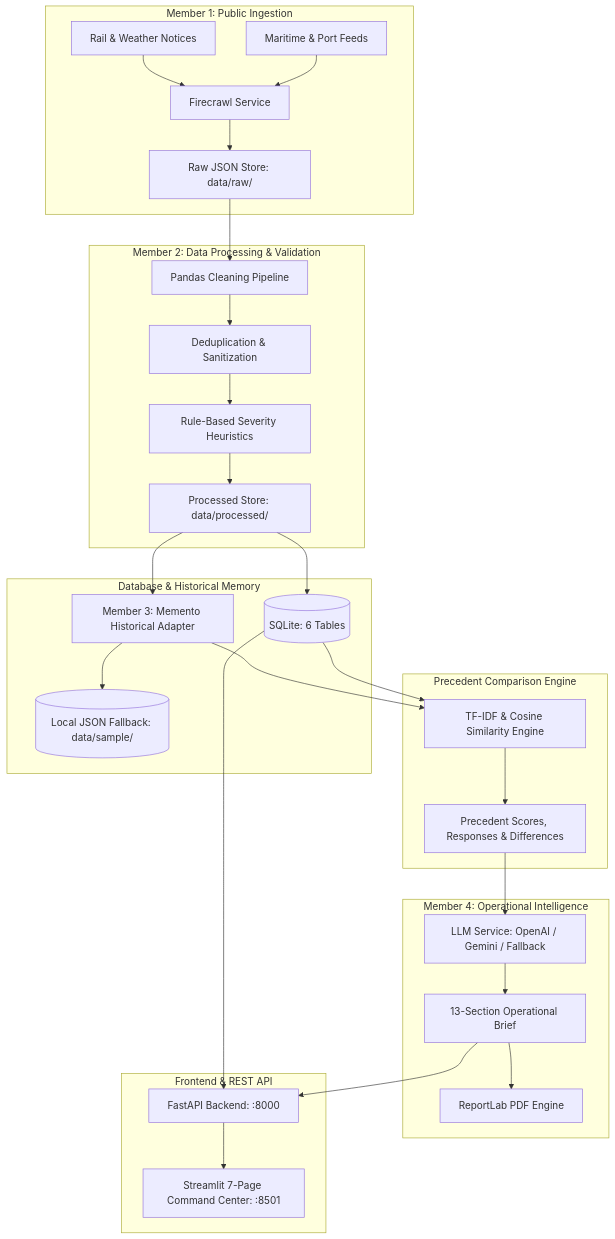
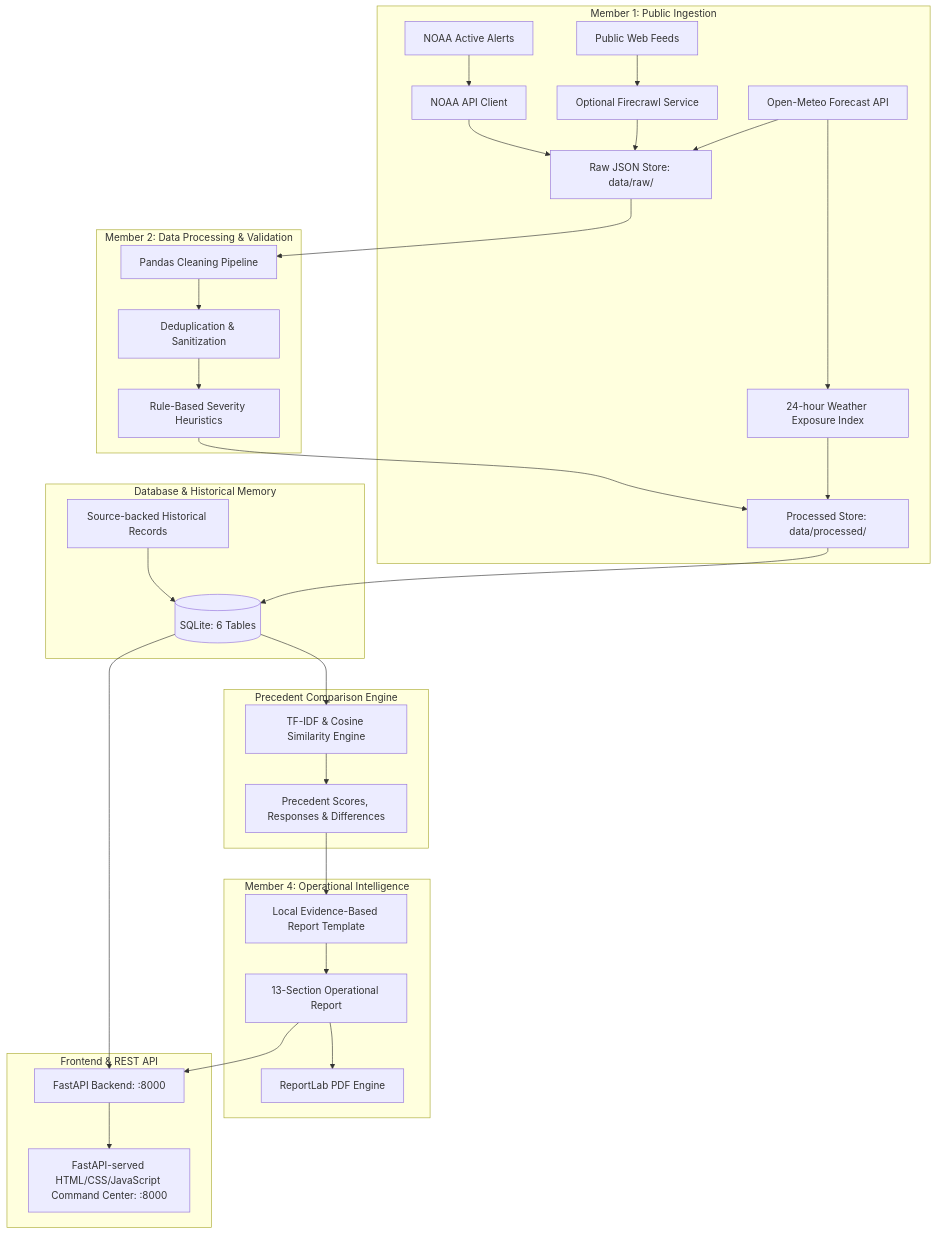
Before and after one commit to MakineniGayathri-19/LogisticsUpdate-AI-Logistics-Disruption-Monitoring-Operational-Intelligence-Platform: the diagram in docs/architecture.md, drawn with Mermaid. The commit also changed other lines of this file and 51 other files, not shown here.

````diff
--- a/docs/architecture.md
+++ b/docs/architecture.md
@@ -10,39 +10,41 @@
 ```mermaid
 flowchart TD
     subgraph DataCollection [Member 1: Public Ingestion]
-        A1[Maritime & Port Feeds] --> FC[Firecrawl Service]
-        A2[Rail & Weather Notices] --> FC
-        FC --> RAW[Raw JSON Store: data/raw/]
+        A1[NOAA Active Alerts] --> NOAA[NOAA API Client]
+        A2[Public Web Feeds] --> FC[Optional Firecrawl Service]
+        NOAA --> RAW[Raw JSON Store: data/raw/]
+        FC --> RAW
+        WX[Open-Meteo Forecast API] --> WXPROC[24-hour Weather Exposure Index]
+        WX --> RAW
+        WXPROC --> PROC
     end
 
     subgraph Processing [Member 2: Data Processing & Validation]
         RAW --> DP[Pandas Cleaning Pipeline]
         DP --> DEDUP[Deduplication & Sanitization]
         DEDUP --> SEV[Rule-Based Severity Heuristics]
         SEV --> PROC[Processed Store: data/processed/]
     end
 
     subgraph Storage [Database & Historical Memory]
         PROC --> DB[(SQLite: 6 Tables)]
-        PROC --> MEM[Member 3: Memento Historical Adapter]
-        MEM --> FALLBACK[(Local JSON Fallback: data/sample/)]
+        HIST[Source-backed Historical Records] --> DB
     end
 
     subgraph Analytics [Precedent Comparison Engine]
         DB --> COMP[TF-IDF & Cosine Similarity Engine]
-        MEM --> COMP
         COMP --> MATCH[Precedent Scores, Responses & Differences]
     end
 
-    subgraph GenAI [Member 4: Operational Intelligence]
-        MATCH --> LLM[LLM Service: OpenAI / Gemini / Fallback]
-        LLM --> BRIEF[13-Section Operational Brief]
+    subgraph Reports [Member 4: Operational Intelligence]
+        MATCH --> REPORT[Local Evidence-Based Report Template]
+        REPORT --> BRIEF[13-Section Operational Report]
         BRIEF --> PDF[ReportLab PDF Engine]
     end
 
     subgraph Presentation [Frontend & REST API]
         DB --> API[FastAPI Backend: :8000]
         BRIEF --> API
-        API --> UI[Streamlit 7-Page Command Center: :8501]
+        API --> UI[FastAPI-served HTML/CSS/JavaScript Command Center: :8000]
     end
 ```
````
